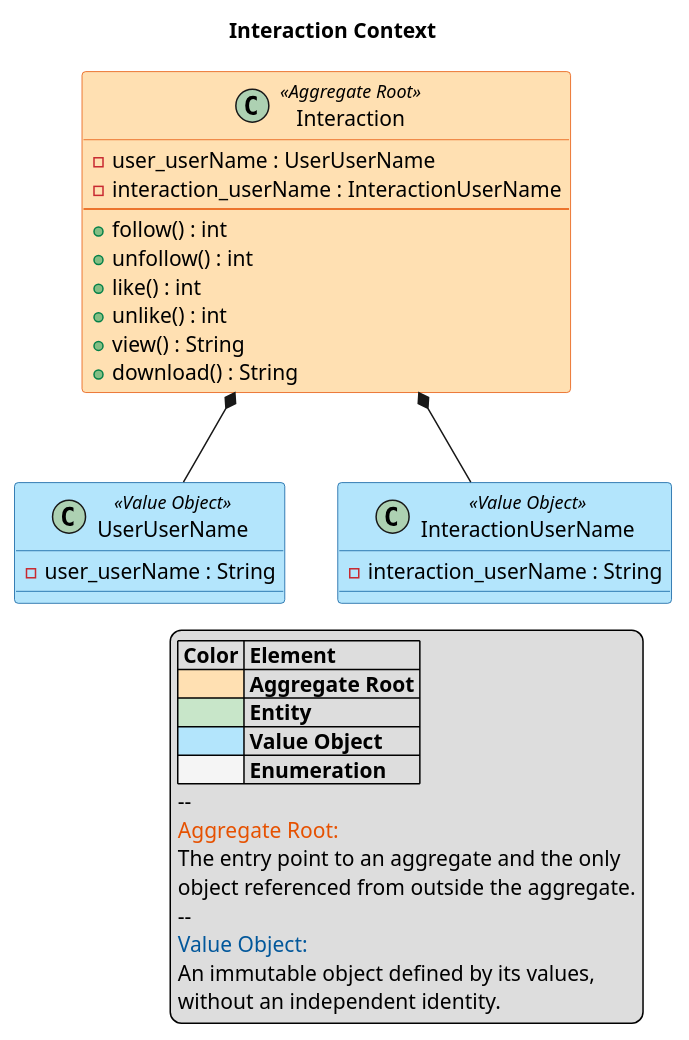
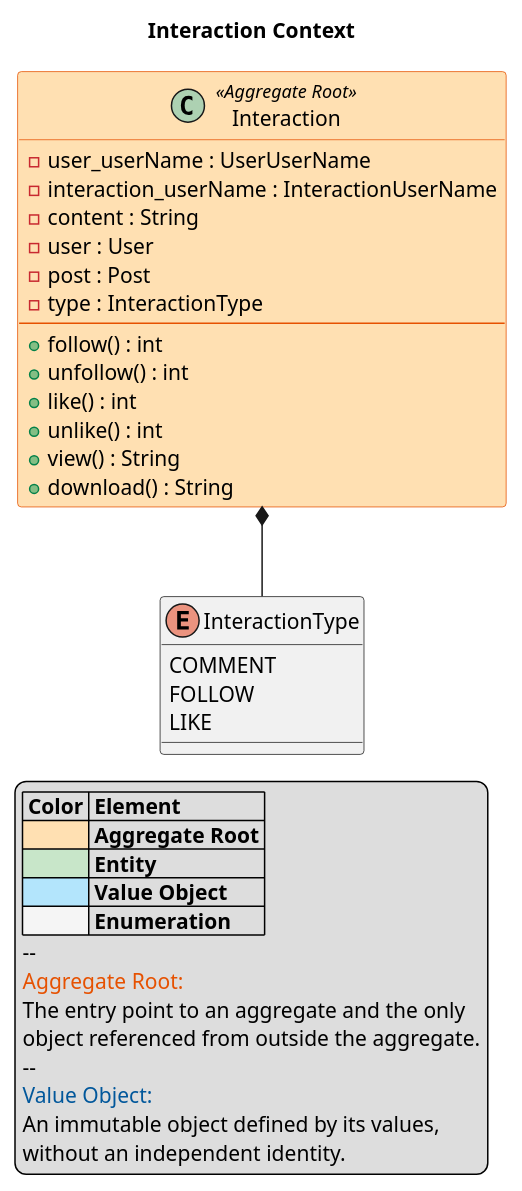
One commit to DasStudioINC/TheSocialCode-Backend changed the diagram in Diagrams/Interaction.puml. Above: the diagram before and after it, drawn with PlantUML. The commit also changed 2 other files, not shown here.

Commit message:
Updated All uml diagrams to be more accurate to the classes

```diff
--- a/Diagrams/Interaction.puml
+++ b/Diagrams/Interaction.puml
@@ -1,52 +1,54 @@
 @startuml
 title Interaction Context
 skinparam class {
      BackgroundColor<<Aggregate Root>> #FFE0B2
       BorderColor<<Aggregate Root>> #E65100
 
       BackgroundColor<<Entity>> #C8E6C9
       BorderColor<<Entity>> #2E7D32
 
       BackgroundColor<<Value Object>> #B3E5FC
       BorderColor<<Value Object>> #01579B
 }
 
 class Interaction <<Aggregate Root>>{
     -user_userName : UserUserName
     -interaction_userName : InteractionUserName
+    - content : String
+    - user : User
+    - post : Post
+    - type : InteractionType
     ---
     +follow() : int
     +unfollow() : int
     +like() : int
     +unlike() : int
     +view() : String
     +download() : String
 }
 
-class UserUserName <<Value Object>> {
-    -user_userName : String
+enum InteractionType {
+    COMMENT
+    FOLLOW
+    LIKE
 }
 
-class InteractionUserName <<Value Object>>{
-    -interaction_userName : String
-}
 
-Interaction *-- UserUserName
-Interaction *-- InteractionUserName
+Interaction *-- InteractionType
 
 legend right
   |= Color |= Element |
   |<#FFE0B2> | **Aggregate Root** |
   |<#C8E6C9> | **Entity** |
   |<#B3E5FC> | **Value Object** |
   |<#F5F5F5> | **Enumeration** |
   --
   <color:#E65100>Aggregate Root:</color>
   The entry point to an aggregate and the only
   object referenced from outside the aggregate.
   --
   <color:#01579B>Value Object:</color>
   An immutable object defined by its values,
   without an independent identity.
 endlegend
 @enduml
```
